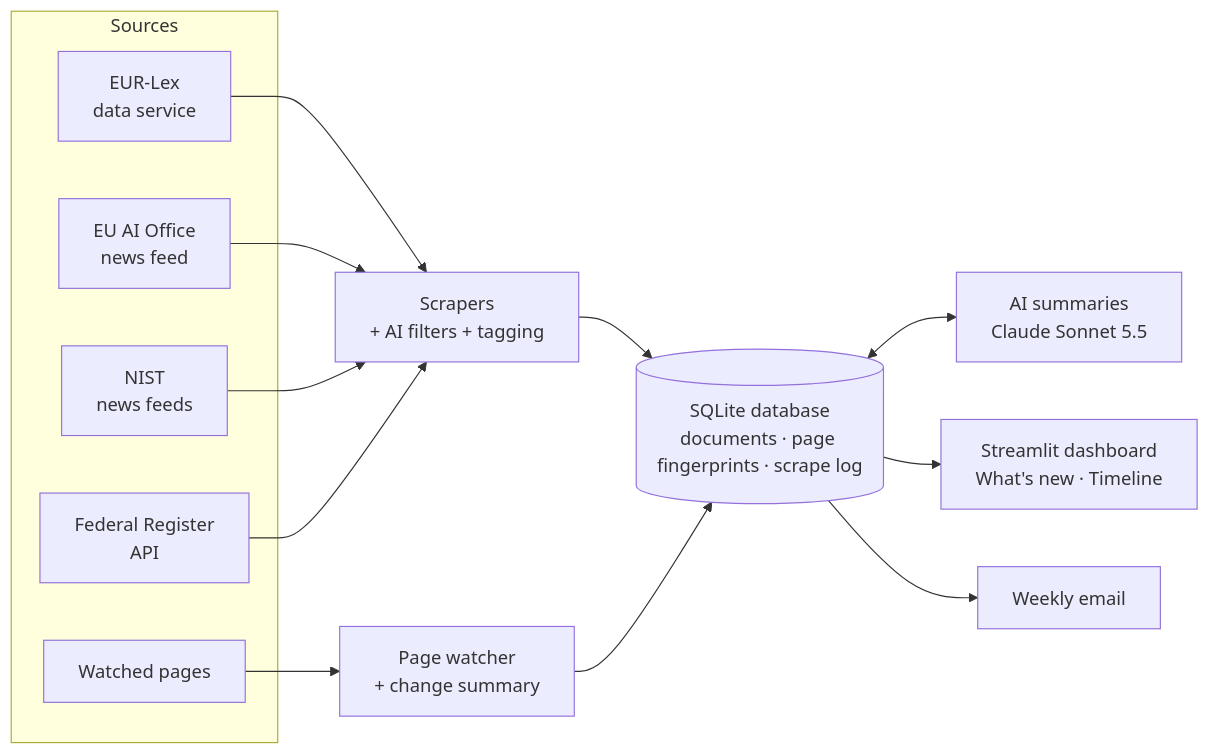
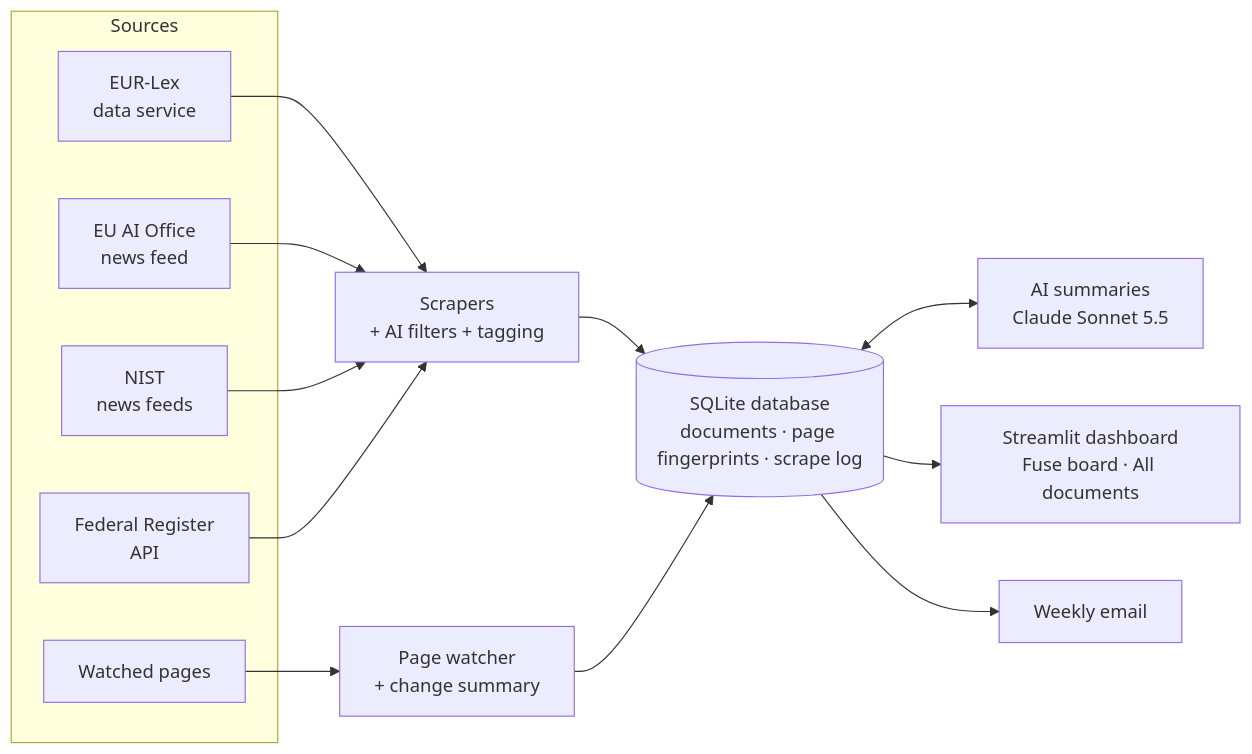
One commit to Omar-A-Abaza/regulation_tracker changed the diagram in README.md. Above: the diagram before and after it, drawn with Mermaid. The commit also changed other lines of this file and 23 other files, not shown here.

````diff
--- a/README.md
+++ b/README.md
@@ -64,16 +76,16 @@
 ```mermaid
 flowchart LR
     subgraph Sources
         A[EUR-Lex<br/>data service]
         B[EU AI Office<br/>news feed]
         C[NIST<br/>news feeds]
         D[Federal Register<br/>API]
         E[Watched pages]
     end
     A & B & C & D --> S[Scrapers<br/>+ AI filters + tagging]
     E --> W[Page watcher<br/>+ change summary]
     S & W --> DB[(SQLite database<br/>documents · page fingerprints · scrape log)]
     DB <--> AI[AI summaries<br/>Claude Sonnet 5.5]
-    DB --> UI[Streamlit dashboard<br/>What's new · Timeline]
+    DB --> UI[Streamlit dashboard<br/>Fuse board · All documents]
     DB --> M[Weekly email]
 ```
````
